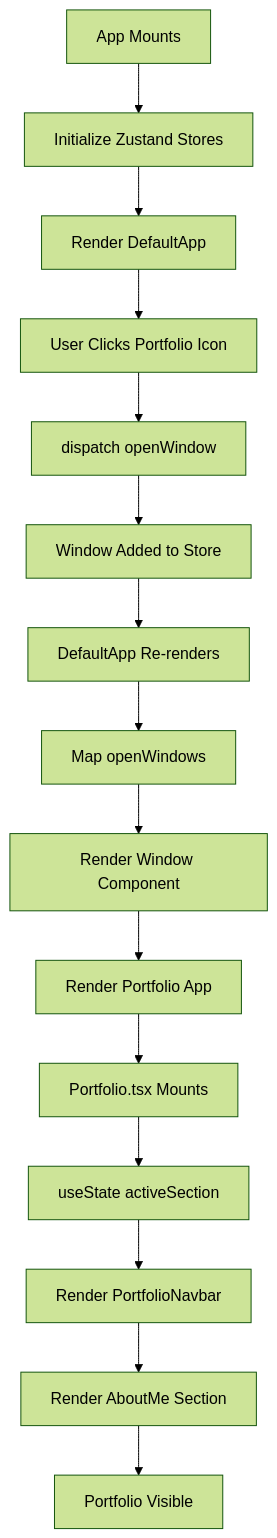
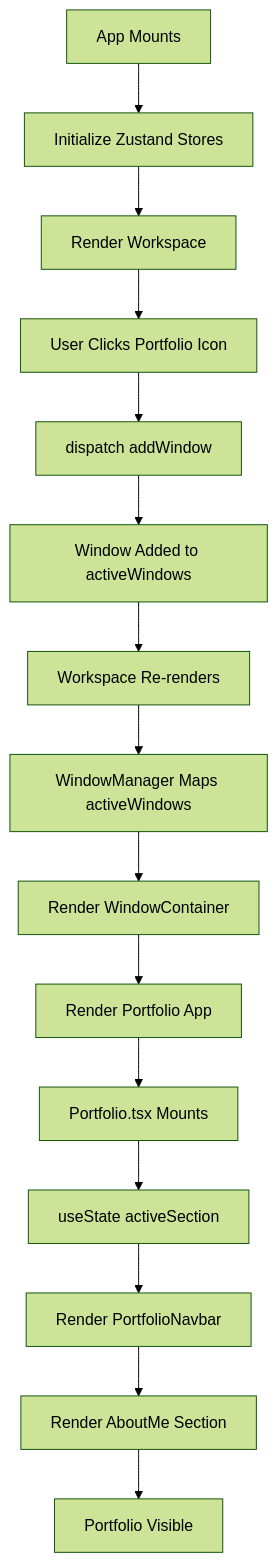
One commit to NatsuDrag9/portfolio-os changed the ninth of 9 diagrams in docs/COMPONENT_RELATIONSHIPS.md. Above: the diagram before and after it, drawn with Mermaid (forest theme). The commit also changed other lines of this file and 7 other files, not shown here.

Commit message:
docs(app): correct architecture doc and add more docs

````diff
--- a/docs/COMPONENT_RELATIONSHIPS.md
+++ b/docs/COMPONENT_RELATIONSHIPS.md
@@ -282,20 +294,20 @@
 ```mermaid
 graph TD
     A["App Mounts"]
     B["Initialize Zustand Stores"]
-    C["Render DefaultApp"]
+    C["Render Workspace"]
     D["User Clicks Portfolio Icon"]
-    E["dispatch openWindow"]
-    F["Window Added to Store"]
-    G["DefaultApp Re-renders"]
-    H["Map openWindows"]
-    I["Render Window Component"]
+    E["dispatch addWindow"]
+    F["Window Added to activeWindows"]
+    G["Workspace Re-renders"]
+    H["WindowManager Maps activeWindows"]
+    I["Render WindowContainer"]
     J["Render Portfolio App"]
     K["Portfolio.tsx Mounts"]
     L["useState activeSection"]
     M["Render PortfolioNavbar"]
     N["Render AboutMe Section"]
     O["Portfolio Visible"]
 
     A --> B --> C --> D --> E --> F --> G --> H --> I --> J --> K --> L --> M --> N --> O
 ```
````
